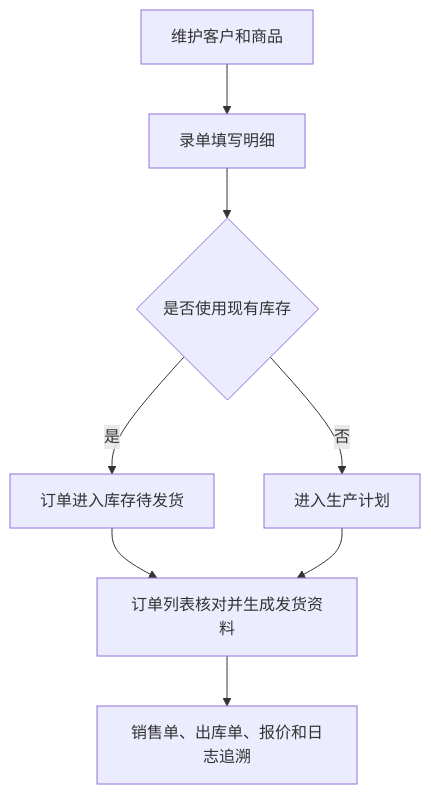
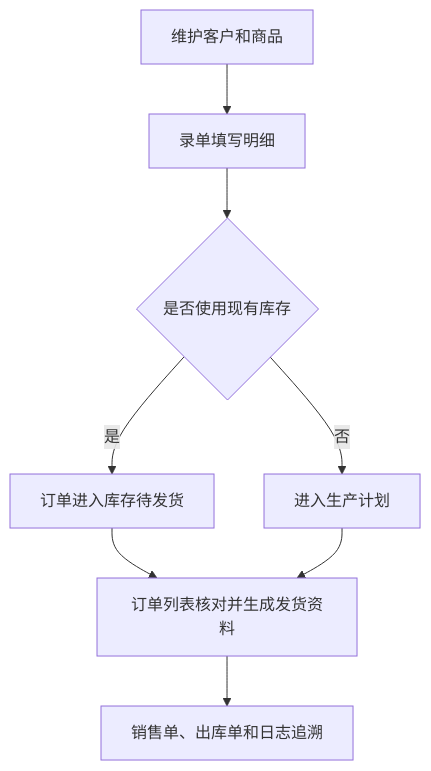
The diagram in orderapp-remote/docs/OP_MANUAL_ORDER_SALES.md (Backstage2539/KFerp), drawn with Mermaid before and after one commit. The commit also changed other lines of this file and 24 other files, not shown here.

````diff
--- a/orderapp-remote/docs/OP_MANUAL_ORDER_SALES.md
+++ b/orderapp-remote/docs/OP_MANUAL_ORDER_SALES.md
@@ -11,10 +11,10 @@
 ```mermaid
 flowchart TD
   A["维护客户和商品"] --> B["录单填写明细"]
   B --> C{"是否使用现有库存"}
   C -->|是| D["订单进入库存待发货"]
   C -->|否| E["进入生产计划"]
   D --> F["订单列表核对并生成发货资料"]
   E --> F
-  F --> G["销售单、出库单、报价和日志追溯"]
+  F --> G["销售单、出库单和日志追溯"]
 ```
````
